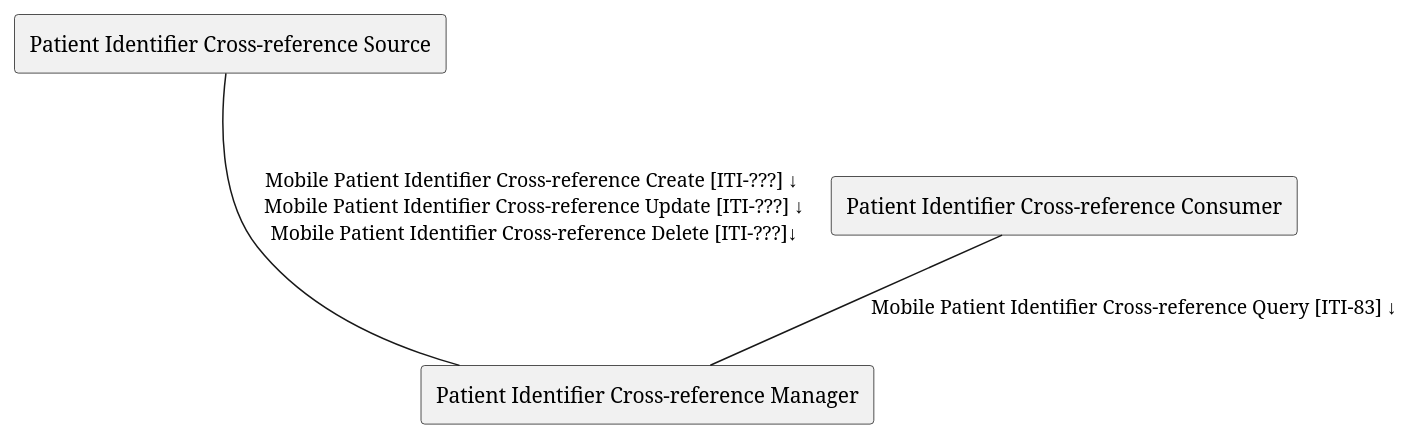
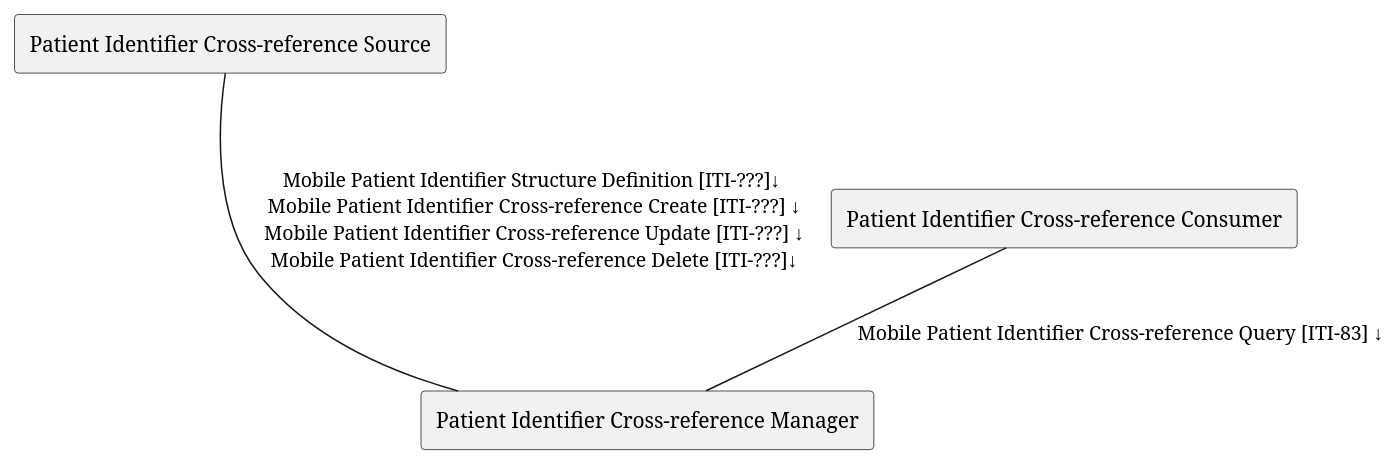
Before and after one commit to IHE/ITI.PIXm: the diagram in input/images-source/ActorsAndTransactions.pu, drawn with PlantUML. The commit also changed 3 other files, not shown here.

Commit message:
added transaction to get the structure definition as discussed in the last meeting

```diff
--- a/input/images-source/ActorsAndTransactions.pu
+++ b/input/images-source/ActorsAndTransactions.pu
@@ -1,11 +1,11 @@
 @startuml
 
 agent "Patient Identifier Cross-reference Source" as Source
 agent "Patient Identifier Cross-reference Consumer" as Consumer
 agent "Patient Identifier Cross-reference Manager" as Manager
 
 
-Source --- Manager: "Mobile Patient Identifier Cross-reference Create [ITI-???] ↓\n Mobile Patient Identifier Cross-reference Update [ITI-???] ↓\n Mobile Patient Identifier Cross-reference Delete [ITI-???]↓"
+Source --- Manager: "Mobile Patient Identifier Structure Definition [ITI-???]↓\n Mobile Patient Identifier Cross-reference Create [ITI-???] ↓\n Mobile Patient Identifier Cross-reference Update [ITI-???] ↓\n Mobile Patient Identifier Cross-reference Delete [ITI-???]↓"
 Consumer -- Manager : "Mobile Patient Identifier Cross-reference Query [ITI-83] ↓"
 
 @enduml
```
